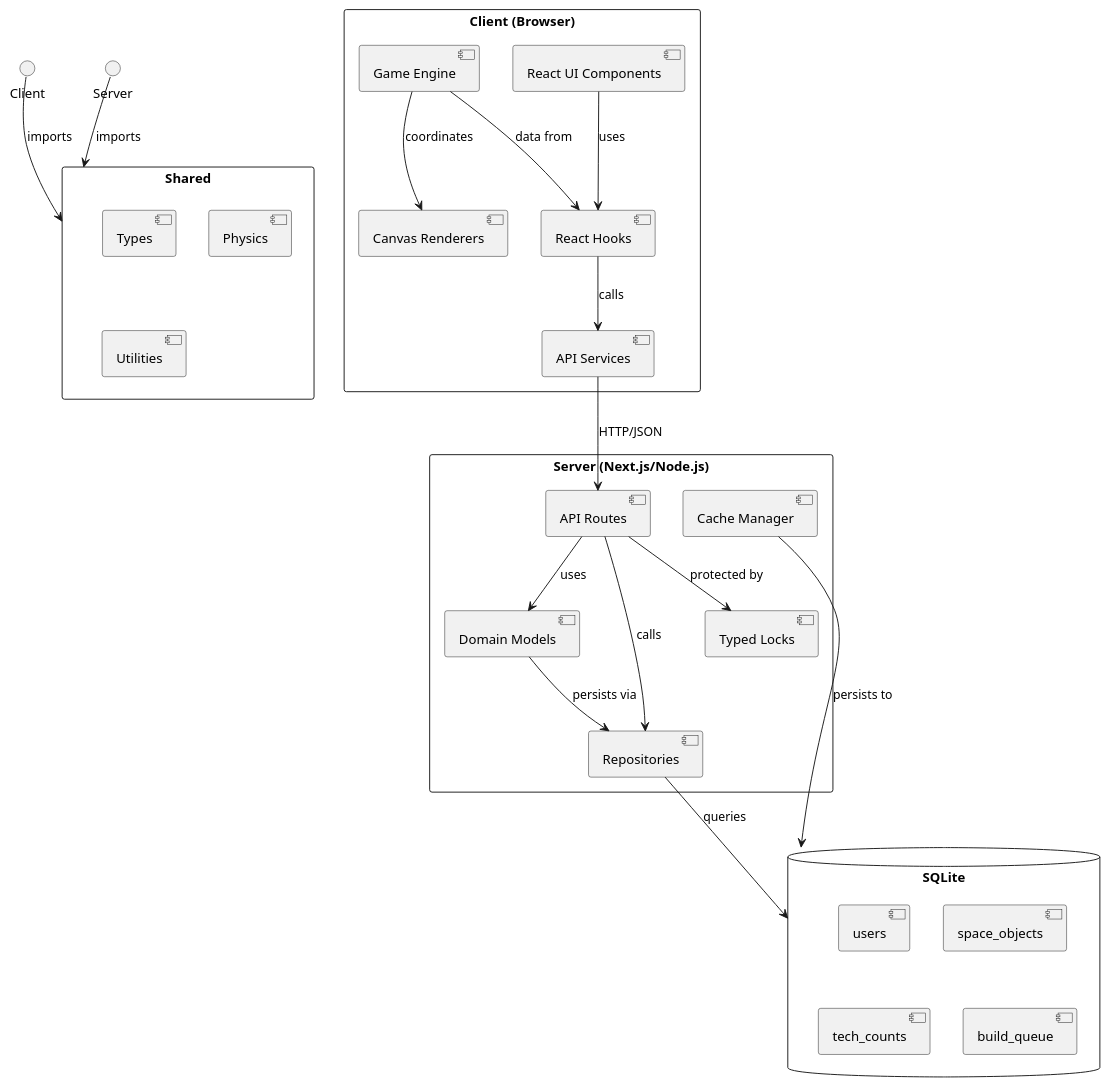
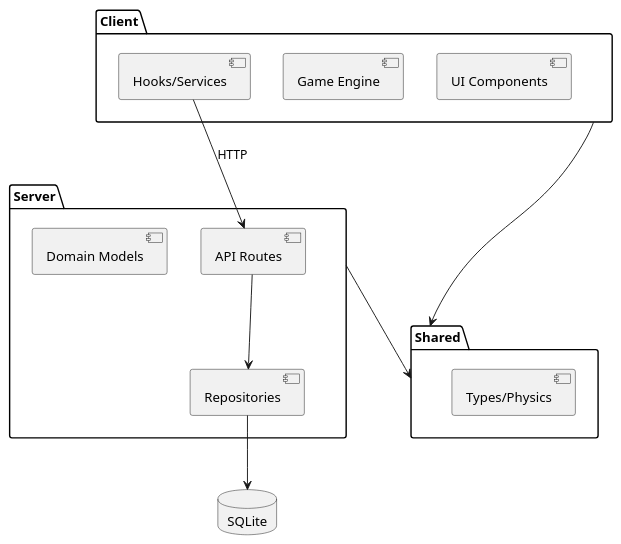
Before and after one commit to MarkDrei/Spacewars3: the diagram in doc/overview.md, drawn with PlantUML. The commit also changed other lines of this file and 18 other files, not shown here.

Commit message:
Condense architecture documentation to 12% of original size

````diff
--- a/doc/overview.md
+++ b/doc/overview.md
@@ -44,51 +17,27 @@
 ```plantuml
 @startuml
-skinparam packageStyle rectangle
-
-package "Client (Browser)" {
-  [React UI Components] as UI
-  [Game Engine] as Engine
-  [Canvas Renderers] as Renderers
-  [React Hooks] as Hooks
-  [API Services] as ClientServices
+package "Client" {
+  [UI Components]
+  [Game Engine]
+  [Hooks/Services]
 }
 
-package "Server (Next.js/Node.js)" {
-  [API Routes] as API
-  [Domain Models] as Domain
-  [Repositories] as Repos
-  [Typed Locks] as Locks
-  [Cache Manager] as Cache
+package "Server" {
+  [API Routes]
+  [Domain Models]
+  [Repositories]
 }
 
 package "Shared" {
-  [Types]
-  [Physics]
-  [Utilities]
+  [Types/Physics]
 }
 
-database "SQLite" {
-  [users]
-  [space_objects]
-  [tech_counts]
-  [build_queue]
-}
+database "SQLite"
 
-UI --> Hooks : uses
-Hooks --> ClientServices : calls
-ClientServices --> API : HTTP/JSON
-Engine --> Renderers : coordinates
-Engine --> Hooks : data from
-
-API --> Domain : uses
-API --> Repos : calls
-API --> Locks : protected by
-Domain --> Repos : persists via
-Repos --> SQLite : queries
-Cache --> SQLite : persists to
-
-Client --> Shared : imports
-Server --> Shared : imports
-
+[Hooks/Services] --> [API Routes] : HTTP
+[API Routes] --> [Repositories]
+[Repositories] --> SQLite
+Client --> Shared
+Server --> Shared
 @enduml
 ```
````
